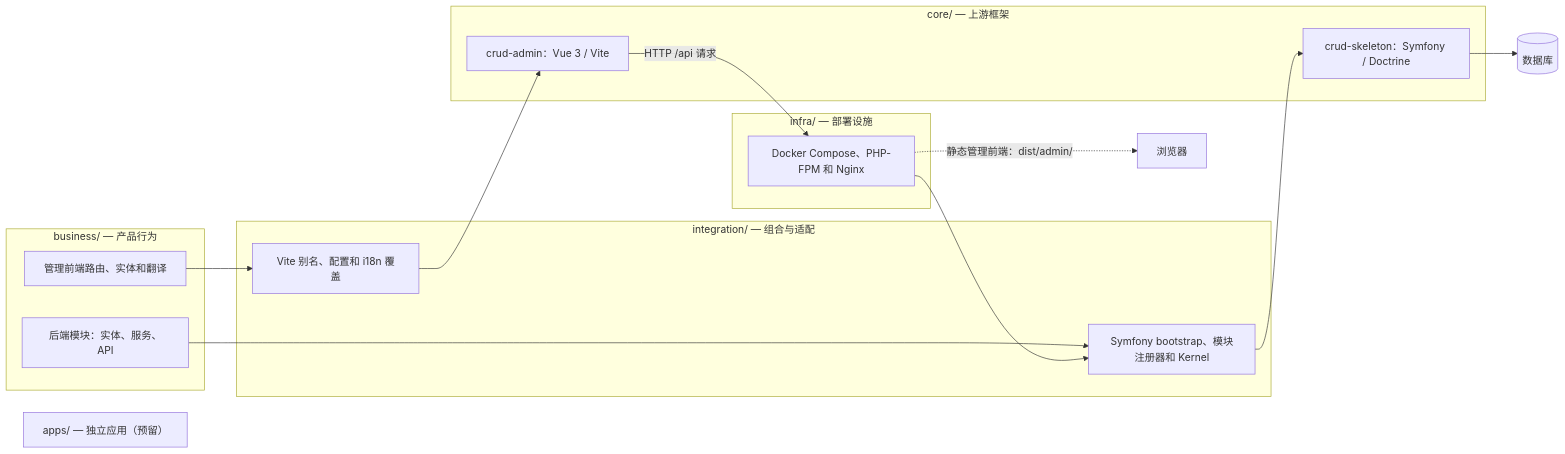
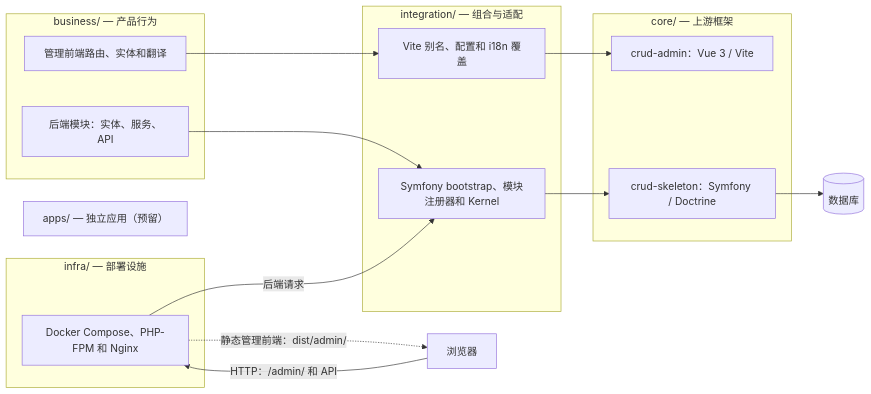
One commit to dream-studio-china/ns-ultimate changed the diagram in README.zh-cn.md. Above: the diagram before and after it, drawn with Mermaid. The commit also changed other lines of this file and 1 other file, not shown here.

````diff
--- a/README.zh-cn.md
+++ b/README.zh-cn.md
@@ -40,30 +41,31 @@
 ```mermaid
 flowchart LR
     subgraph business["business/ — 产品行为"]
         BA["管理前端路由、实体和翻译"]
         BB["后端模块：实体、服务、API"]
     end
 
     subgraph integration["integration/ — 组合与适配"]
         IA["Vite 别名、配置和 i18n 覆盖"]
         IB["Symfony bootstrap、模块注册器和 Kernel"]
     end
 
     subgraph core["core/ — 上游框架"]
         CA["crud-admin：Vue 3 / Vite"]
         CB["crud-skeleton：Symfony / Doctrine"]
     end
 
     subgraph infra["infra/ — 部署设施"]
         ID["Docker Compose、PHP-FPM 和 Nginx"]
     end
 
     Apps["apps/ — 独立应用（预留）"]
+    Browser["浏览器"]
 
     BA --> IA --> CA
     BB --> IB --> CB
-    CA -->|"HTTP /api 请求"| ID
-    ID --> IB
-    ID -.->|静态管理前端：dist/admin/| Browser["浏览器"]
+    Browser -->|"HTTP：/admin/ 和 API"| ID
+    ID -.->|"静态管理前端：dist/admin/"| Browser
+    ID -->|"后端请求"| IB
     CB --> DB[("数据库")]
 ```
````
